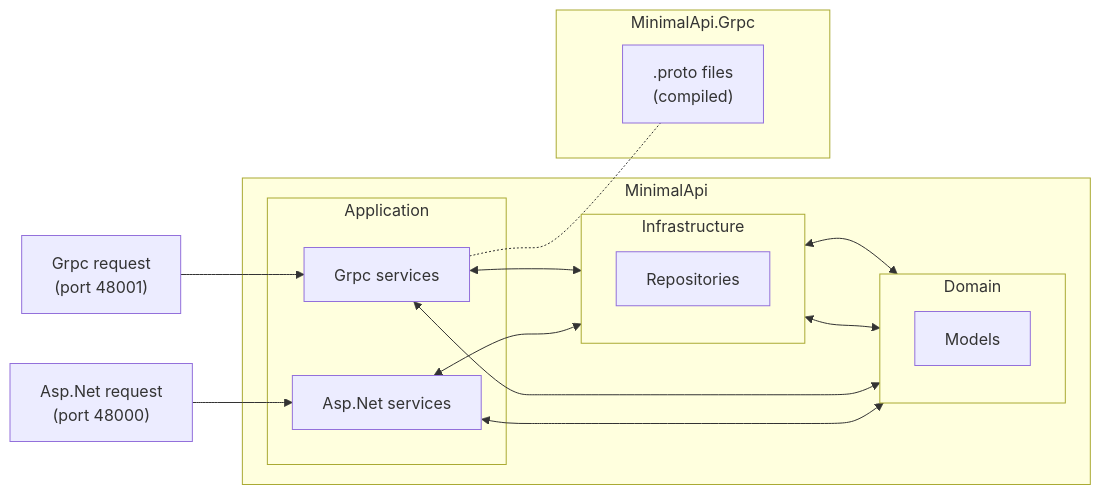
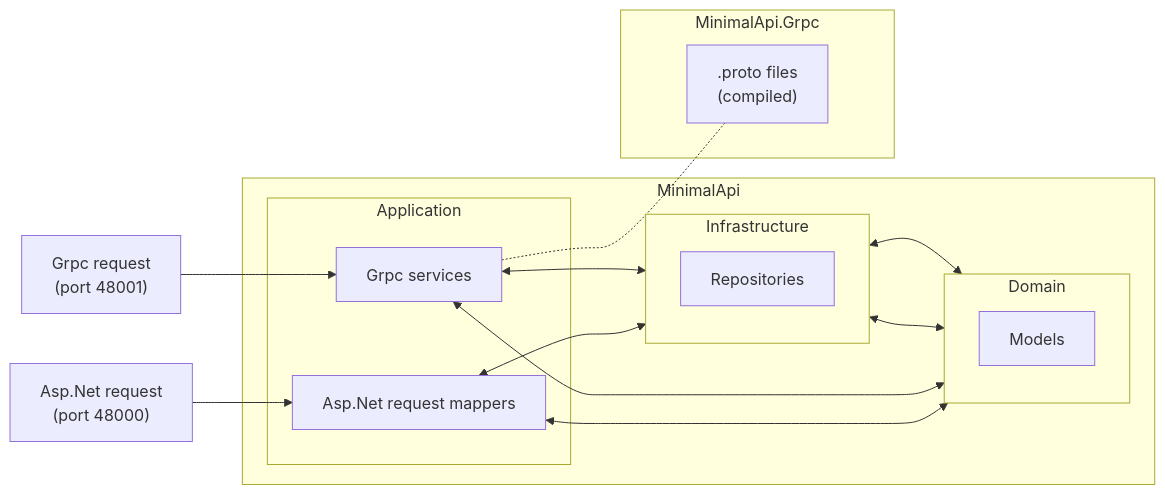
One commit to humaranah/MinimalApiWithGrpc changed the diagram in README.md. Above: the diagram before and after it, drawn with Mermaid. The commit also changed other lines of this file, not shown here.

````diff
--- a/README.md
+++ b/README.md
@@ -6,28 +6,28 @@
 ```mermaid
 flowchart LR
     A["Asp.Net request<br>(port 48000)"]
     B["Grpc request<br>(port 48001)"]
 
     subgraph G1["MinimalApi"]
         subgraph G11["Application"]
-            C["Asp.Net services"]
+            C["Asp.Net request mappers"]
             D["Grpc services"]
         end
         subgraph G12["Domain"]
             E["Models"]
         end
         subgraph G13["Infrastructure"]
             F["Repositories"]
         end
     end
 
     subgraph G2["MinimalApi.Grpc"]
         G[".proto files<br>(compiled)"]
     end
 
     A --> C <--> G12
     B --> D <--> G12
     C <--> G13 <--> G12
     D <--> G13 <--> G12
     D <-.- G
 ```
````
